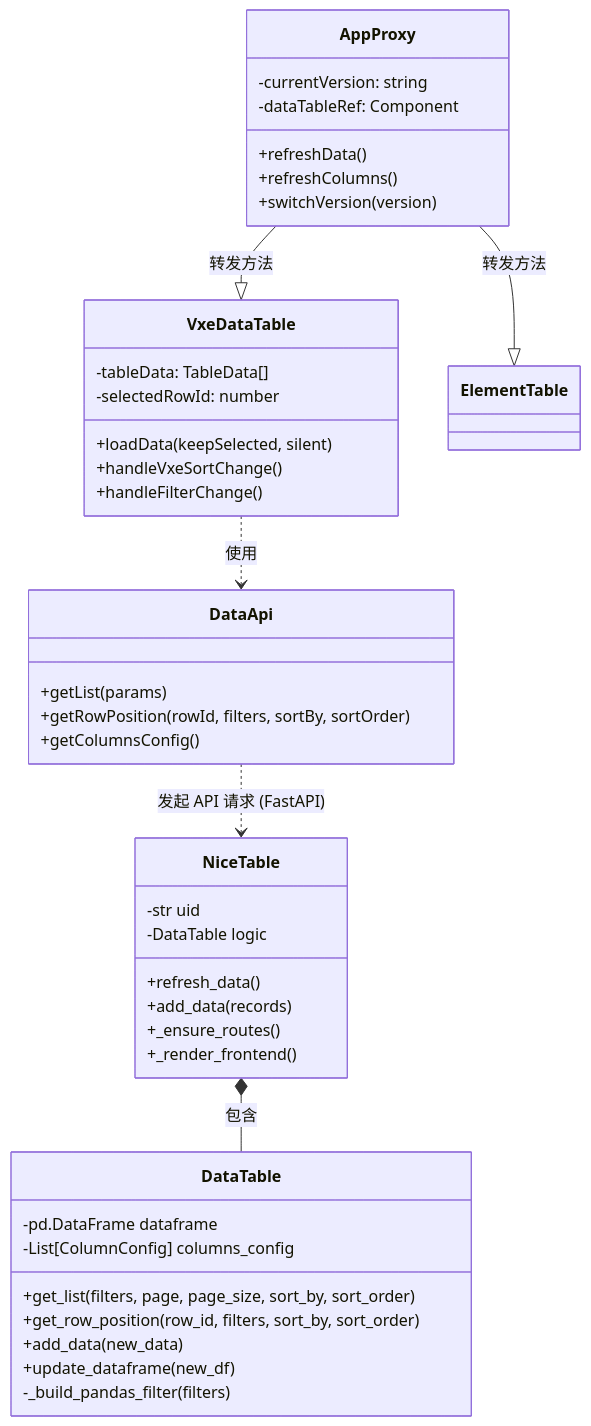
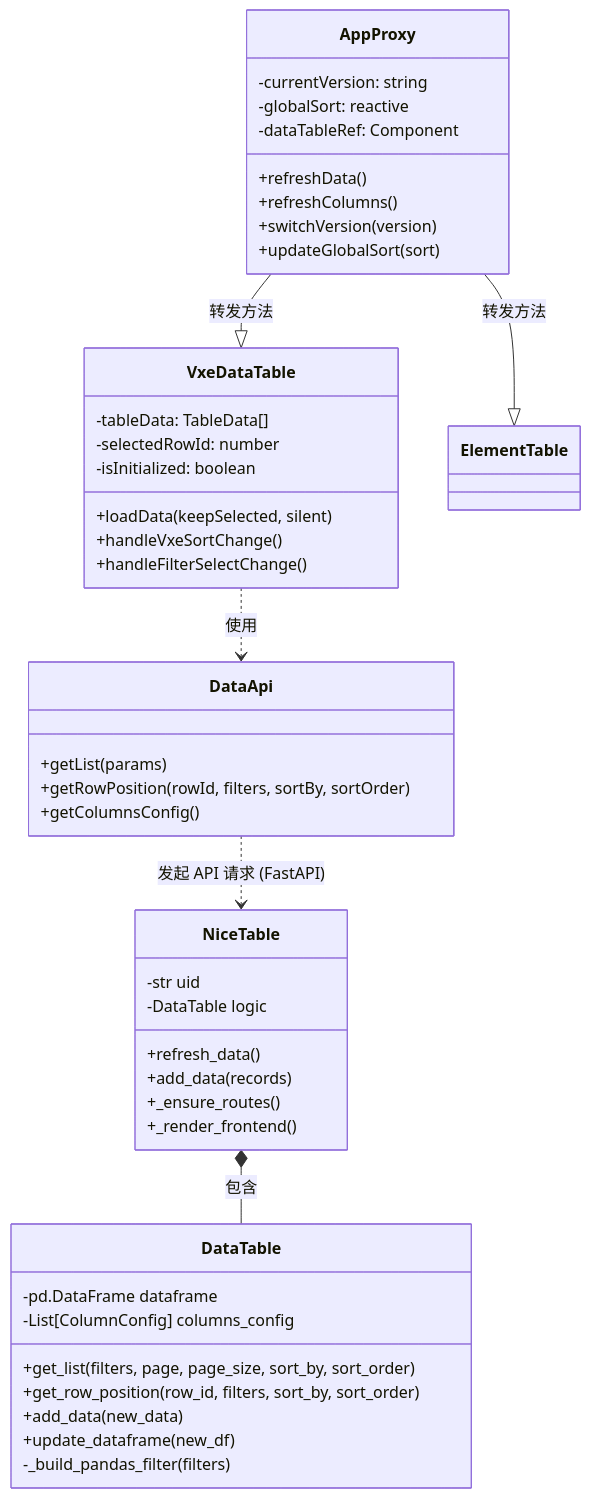
One commit to doublesea/realtime-table changed the first of 3 diagrams in README.md. Above: the diagram before and after it, drawn with Mermaid. The commit also changed other lines of this file, not shown here.

````diff
--- a/README.md
+++ b/README.md
@@ -42,51 +60,54 @@
 ```mermaid
 classDiagram
     %% 后端核心类
     class DataTable {
         -pd.DataFrame dataframe
         -List[ColumnConfig] columns_config
         +get_list(filters, page, page_size, sort_by, sort_order)
         +get_row_position(row_id, filters, sort_by, sort_order)
         +add_data(new_data)
         +update_dataframe(new_df)
         -_build_pandas_filter(filters)
     }
 
     class NiceTable {
         -str uid
         -DataTable logic
         +refresh_data()
         +add_data(records)
         +_ensure_routes()
         +_render_frontend()
     }
 
     %% 前端组件
     class AppProxy {
         -currentVersion: string
+        -globalSort: reactive
         -dataTableRef: Component
         +refreshData()
         +refreshColumns()
         +switchVersion(version)
+        +updateGlobalSort(sort)
     }
 
     class VxeDataTable {
         -tableData: TableData[]
         -selectedRowId: number
+        -isInitialized: boolean
         +loadData(keepSelected, silent)
         +handleVxeSortChange()
-        +handleFilterChange()
+        +handleFilterSelectChange()
     }
 
     class DataApi {
         +getList(params)
         +getRowPosition(rowId, filters, sortBy, sortOrder)
         +getColumnsConfig()
     }
 
     NiceTable *-- DataTable : 包含
     AppProxy --|> VxeDataTable : 转发方法
     AppProxy --|> ElementTable : 转发方法
     VxeDataTable ..> DataApi : 使用
     DataApi ..> NiceTable : 发起 API 请求 (FastAPI)
 ```
````
